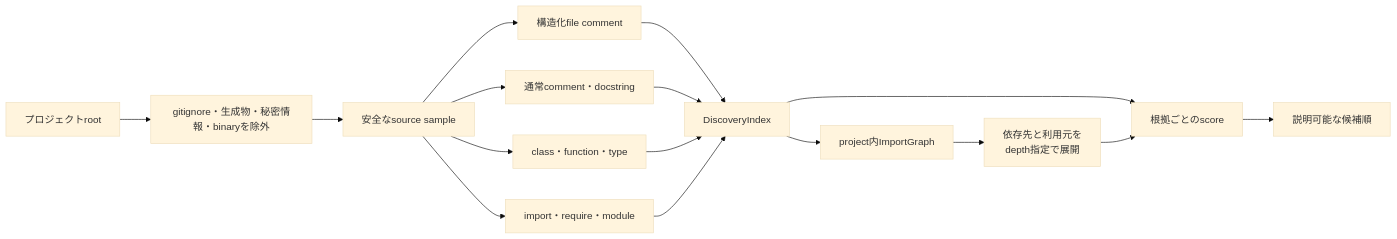
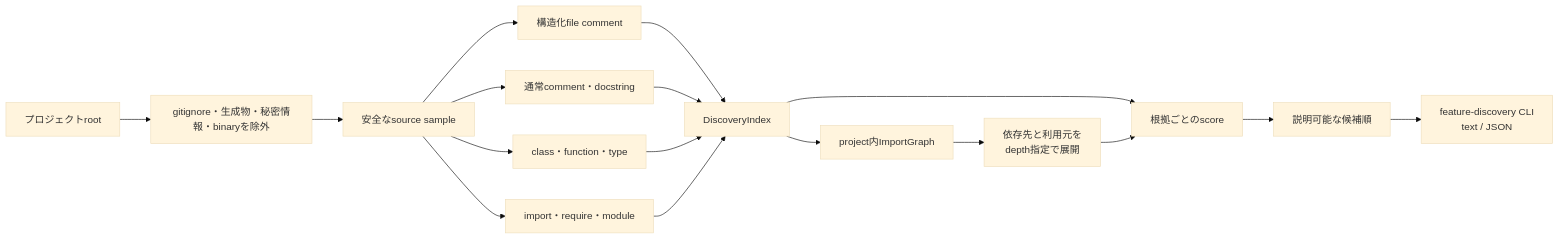
One commit to matsutanishimpei/make-summary changed the first of 2 diagrams in docs/local-discovery.md. Above: the diagram before and after it, drawn with Mermaid (base theme). The commit also changed other lines of this file and 7 other files, not shown here.

Commit message:
feat: add feature discovery cli

````diff
--- a/docs/local-discovery.md
+++ b/docs/local-discovery.md
@@ -9,18 +9,19 @@
 ```mermaid
 flowchart LR
     Root["プロジェクトroot"] --> Safe["gitignore・生成物・秘密情報・binaryを除外"]
     Safe --> Sample["安全なsource sample"]
     Sample --> Structured["構造化file comment"]
     Sample --> Comments["通常comment・docstring"]
     Sample --> Symbols["class・function・type"]
     Sample --> Imports["import・require・module"]
     Structured --> Index["DiscoveryIndex"]
     Comments --> Index
     Symbols --> Index
     Imports --> Index
     Index --> Graph["project内ImportGraph"]
     Graph --> Dependencies["依存先と利用元を<br/>depth指定で展開"]
     Index --> Rank["根拠ごとのscore"]
     Dependencies --> Rank
     Rank --> Candidates["説明可能な候補順"]
+    Candidates --> CLI["feature-discovery CLI<br/>text / JSON"]
 ```
````
